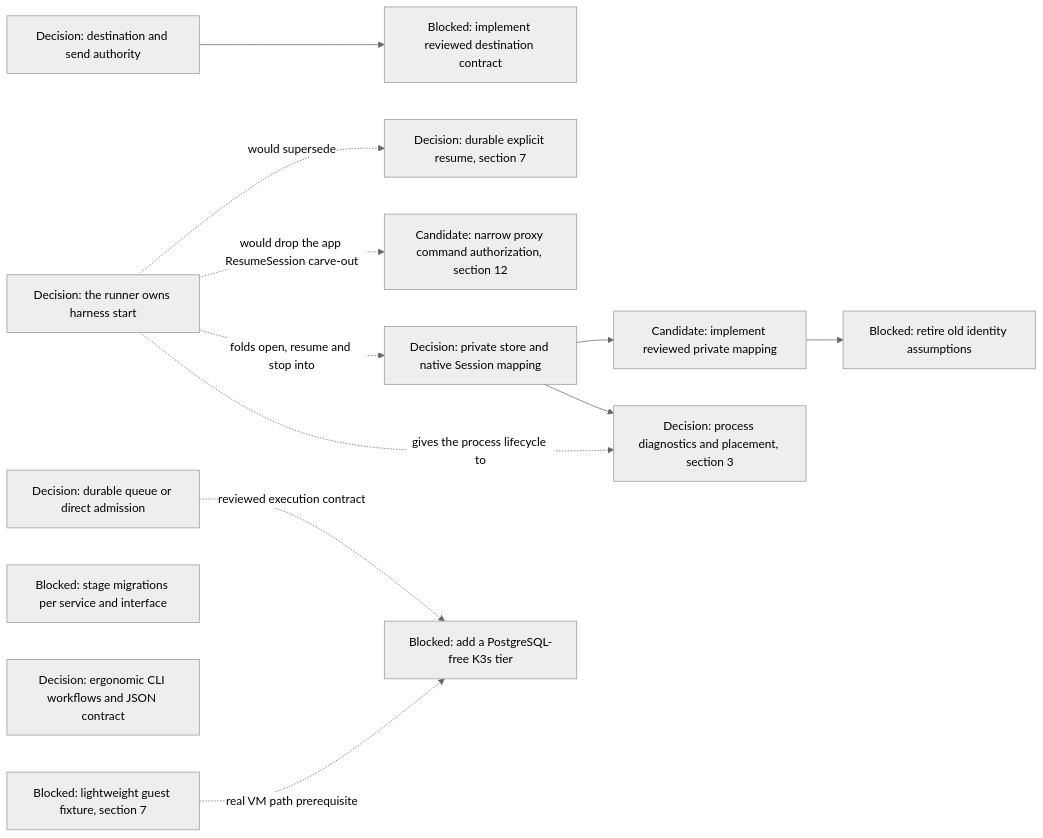
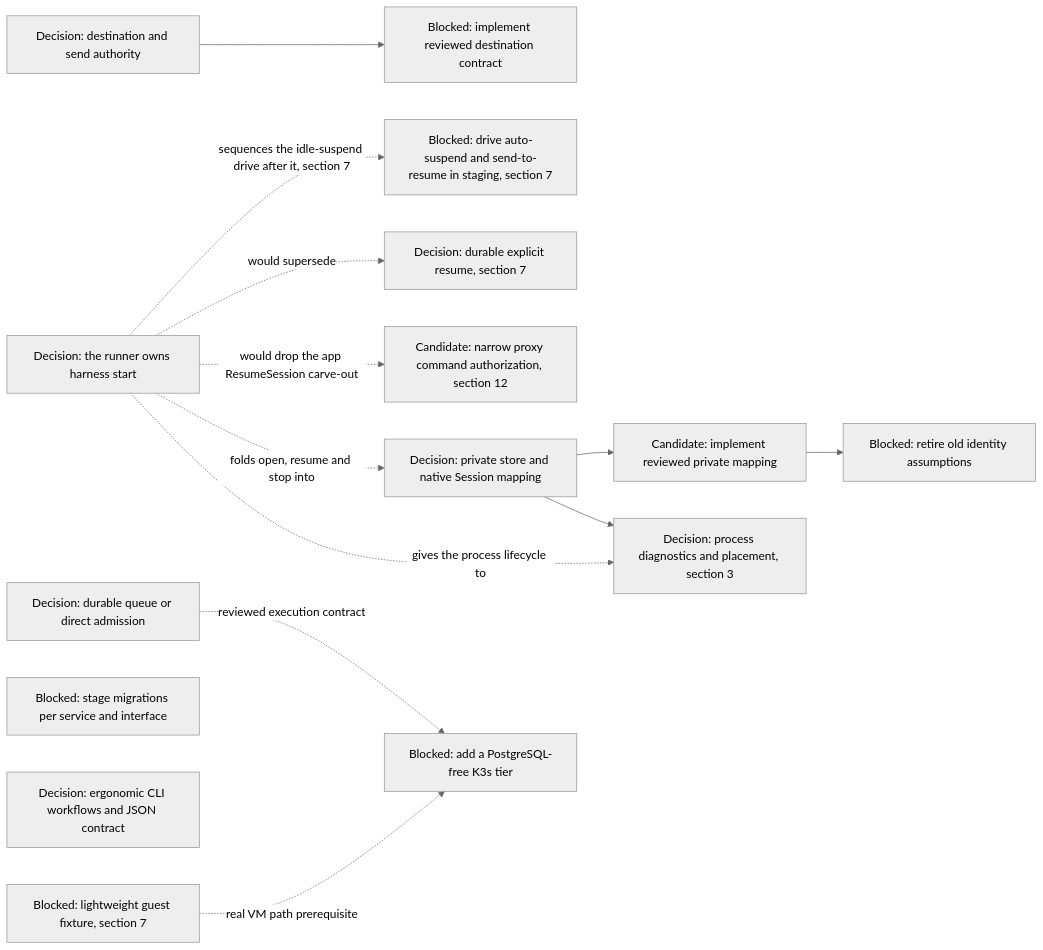
One commit to agentydragon/ducktape changed diagram 16 of 16 in agentplane/plans/task_dag.md. Above: the diagram before and after it, drawn with Mermaid (neutral theme). The commit also changed other lines of this file, not shown here.

First line of the commit message:
DAG: sequence IDLE_SUSPEND_UI_DRIVE after HARNESS_LIFECYCLE_OWNERSHIP

````diff
--- a/agentplane/plans/task_dag.md
+++ b/agentplane/plans/task_dag.md
@@ -1691,27 +1696,29 @@
 ```mermaid
 flowchart LR
     DISPATCHER_PERSISTENCE_MODEL_DESIGN[Decision: durable queue or direct admission]
     DELIVERY_DESTINATION_AUTHORITY_DESIGN[Decision: destination and send authority]
     DELIVERY_DESTINATION_CONTRACT[Blocked: implement reviewed destination contract]
     HARNESS_IDENTITY_DESIGN[Decision: private store and native Session mapping]
     RUNNER_STORE_SESSION_IDENTITY[Candidate: implement reviewed private mapping]
     RUNNER_IDENTITY_LEGACY_CLEANUP[Blocked: retire old identity assumptions]
     HARNESS_LIFECYCLE_OWNERSHIP[Decision: the runner owns harness start]
+    IDLE_SUSPEND_UI_DRIVE[Blocked: drive auto-suspend and send-to-resume in staging, section 7]
     APP_NATIVE_RESUME_CONTRACT[Decision: durable explicit resume, section 7]
     PROXY_START_METHODS_DISPATCHER_ONLY[Candidate: narrow proxy command authorization, section 12]
     RUNNER_HARNESS_OBJECTS_DESIGN[Decision: process diagnostics and placement, section 3]
     SERVICE_API_TRANSPORT_MIGRATIONS[Blocked: stage migrations per service and interface]
     AGENT_API_TOOLING_DESIGN[Decision: ergonomic CLI workflows and JSON contract]
     CNPG_FREE_K3S_INTEGRATION_TIER[Blocked: add a PostgreSQL-free K3s tier]
     K3S_VM_IMAGE[Blocked: lightweight guest fixture, section 7]
     DELIVERY_DESTINATION_AUTHORITY_DESIGN --> DELIVERY_DESTINATION_CONTRACT
     RUNNER_STORE_SESSION_IDENTITY --> RUNNER_IDENTITY_LEGACY_CLEANUP
     HARNESS_IDENTITY_DESIGN --> RUNNER_STORE_SESSION_IDENTITY
     HARNESS_IDENTITY_DESIGN --> RUNNER_HARNESS_OBJECTS_DESIGN
+    HARNESS_LIFECYCLE_OWNERSHIP -. sequences the idle-suspend drive after it, section 7 .-> IDLE_SUSPEND_UI_DRIVE
     HARNESS_LIFECYCLE_OWNERSHIP -. would supersede .-> APP_NATIVE_RESUME_CONTRACT
     HARNESS_LIFECYCLE_OWNERSHIP -. would drop the app ResumeSession carve-out .-> PROXY_START_METHODS_DISPATCHER_ONLY
     HARNESS_LIFECYCLE_OWNERSHIP -. folds open, resume and stop into .-> HARNESS_IDENTITY_DESIGN
     HARNESS_LIFECYCLE_OWNERSHIP -. gives the process lifecycle to .-> RUNNER_HARNESS_OBJECTS_DESIGN
     DISPATCHER_PERSISTENCE_MODEL_DESIGN -. reviewed execution contract .-> CNPG_FREE_K3S_INTEGRATION_TIER
     K3S_VM_IMAGE -. real VM path prerequisite .-> CNPG_FREE_K3S_INTEGRATION_TIER
 ```
````
